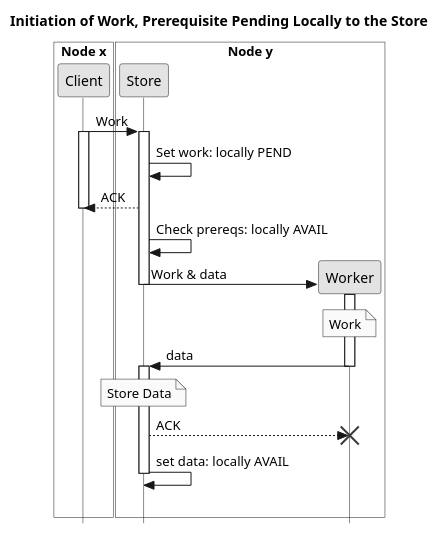
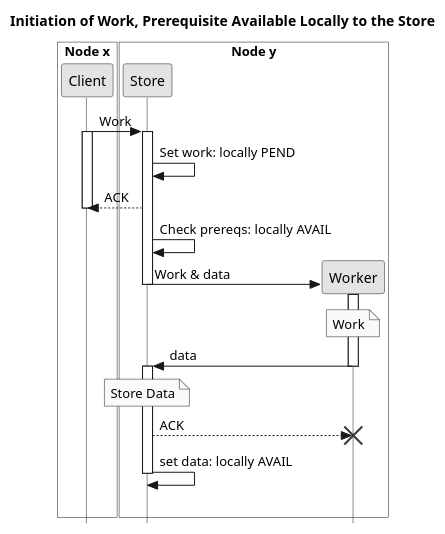
The diagram in img/comm-la.puml (jcai849/phd), drawn with PlantUML before and after one commit.

Commit message:
fix title on locally avail comms diag

```diff
--- a/img/comm-la.puml
+++ b/img/comm-la.puml
@@ -1,38 +1,38 @@
 @startuml
 skinparam monochrome true
 skinparam shadowing false
 skinparam style strictuml
 skinparam LifelineStrategy nosolid
-title Initiation of Work, Prerequisite Pending Locally to the Store
+title Initiation of Work, Prerequisite Available Locally to the Store
 
 box "Node x" #ffffff
 participant Client as client
 end box
 box "Node y" #ffffff
 participant Store as store
 participant Worker as worker
 end box
 
 client -> store ++: Work
 activate client
 store -> store: Set work: locally PEND
 store --> client: ACK
 deactivate client
 store -> store: Check prereqs: locally AVAIL
 store -> worker **: Work & data
 activate worker
 deactivate store
 note over worker
 Work
 end note
 worker -> store: data
 deactivate worker
 activate store
 note over store
 Store Data
 end note
 store --> worker !!: ACK
 store -> store: set data: locally AVAIL
 deactivate store
 |||
 @enduml
```
